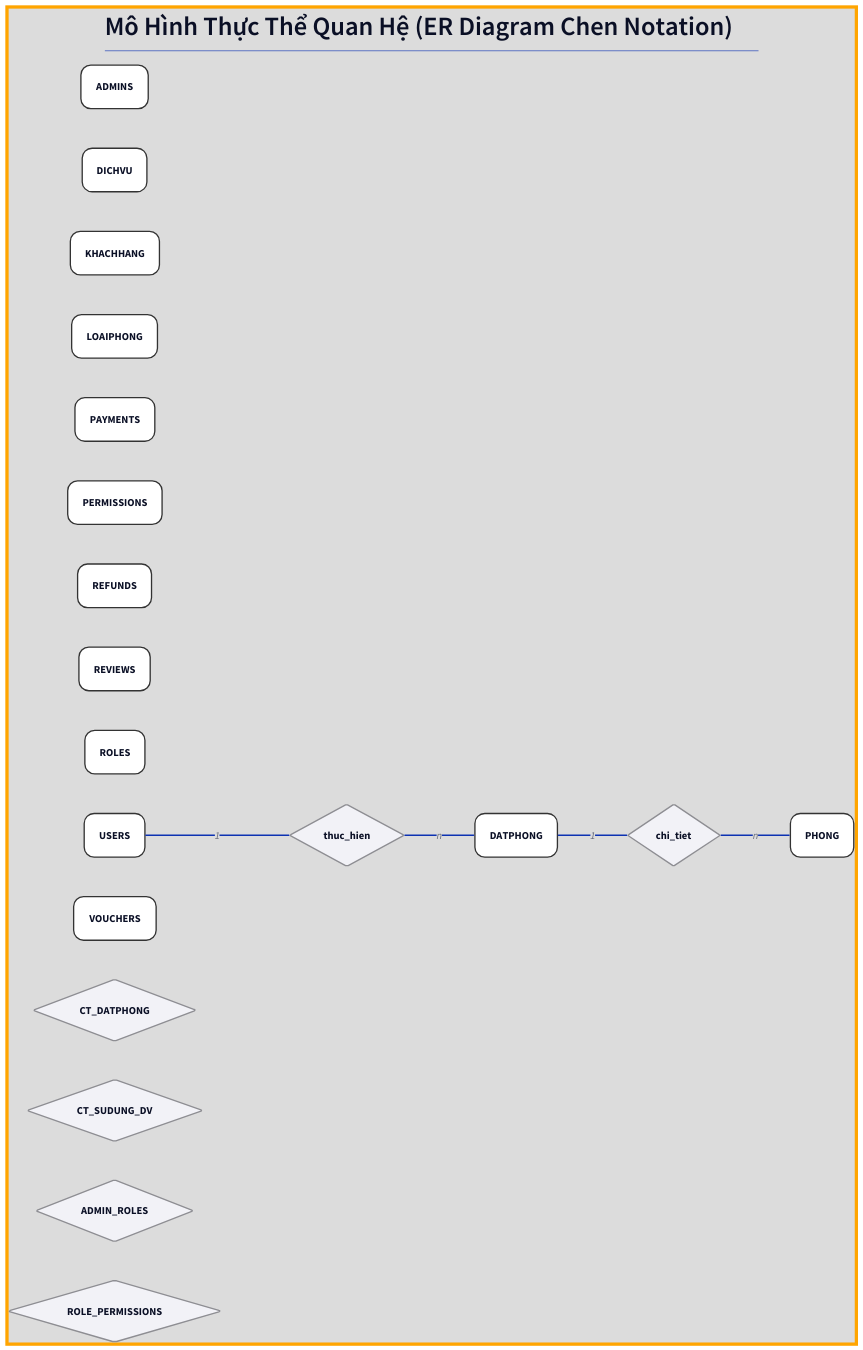
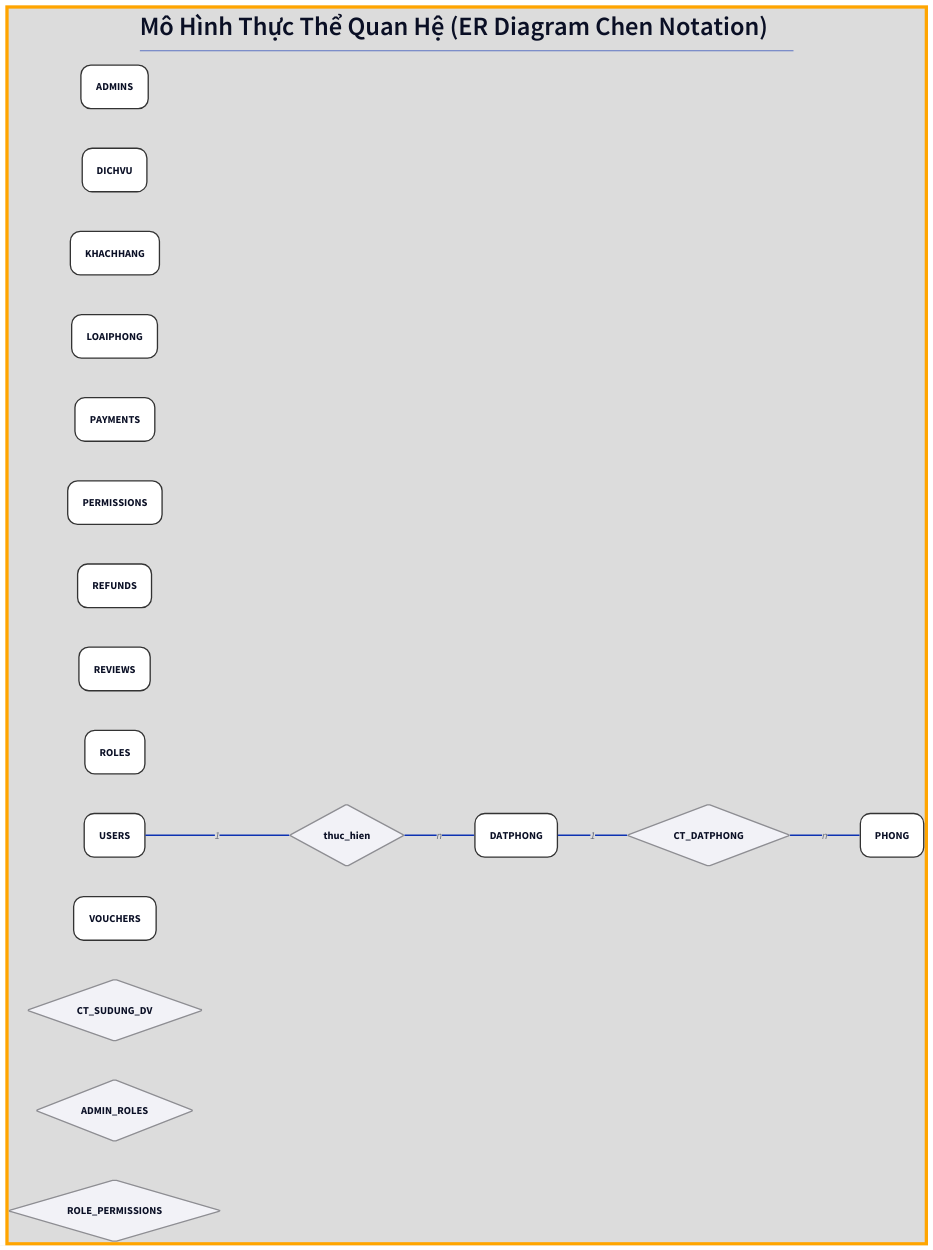
One commit to sam-uit/ie103-project-report changed the diagram in report/content/diagrams/er.d2. Above: the diagram before and after it, drawn with D2.

```diff
--- a/report/content/diagrams/er.d2
+++ b/report/content/diagrams/er.d2
@@ -89,13 +89,12 @@
 ADMIN_ROLES: {class: rel}
 ROLE_PERMISSIONS: {class: rel}
 thuc_hien: {class: rel}
-chi_tiet: {class: rel}
 
 USERS -- thuc_hien: 1
 thuc_hien -- DATPHONG: n
 
-DATPHONG -- chi_tiet: 1
-chi_tiet -- PHONG: n
+DATPHONG -- CT_DATPHONG: 1
+CT_DATPHONG -- PHONG: n
 
 # === AUTH SYSTEM ===
 # admins: {class: entity}
```
